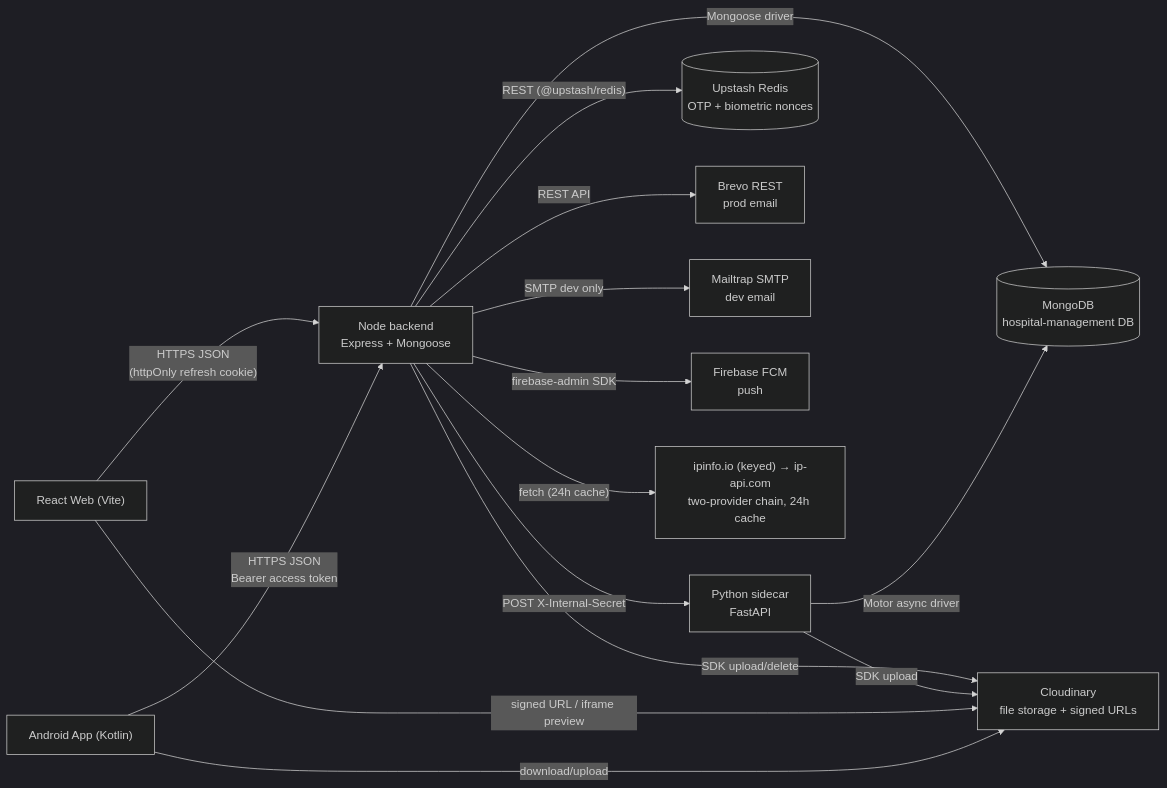
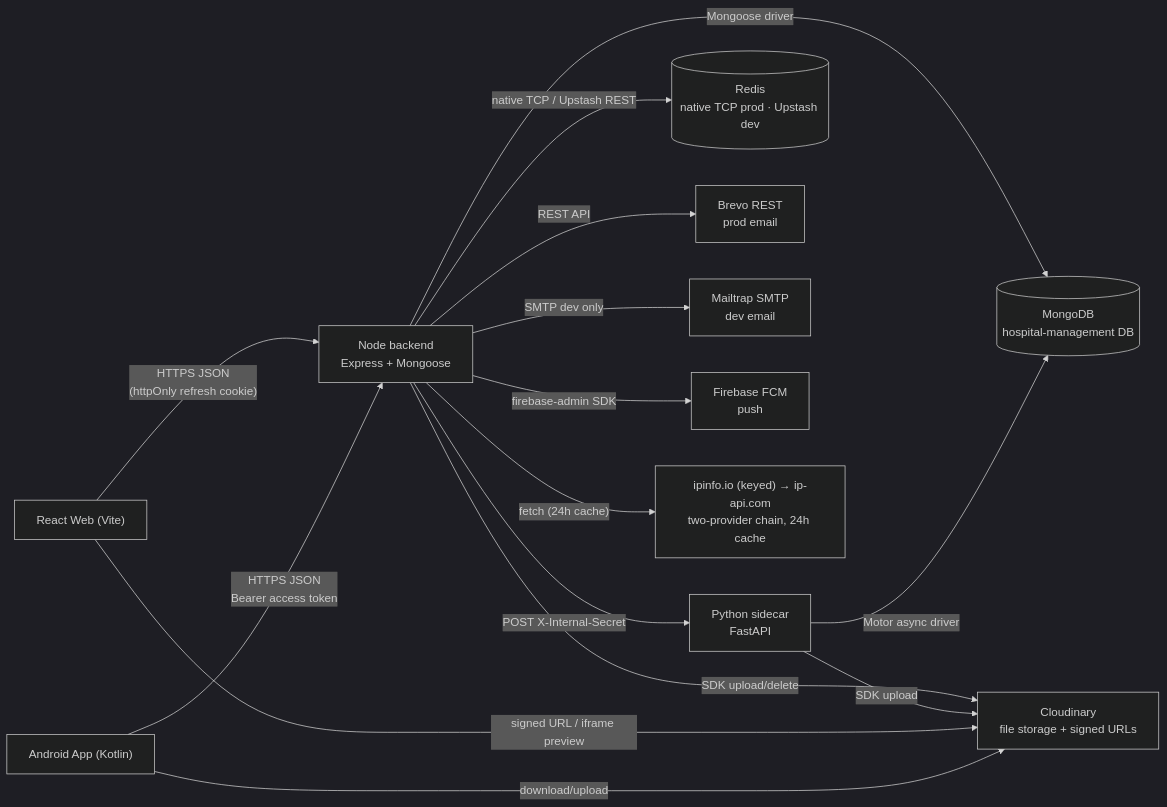
The first of 30 diagrams in docs/audit/03-architecture-diagrams.md (urvagandhi/Hospital-Management), drawn with Mermaid (dark theme) before and after one commit. The commit also changed other lines of this file and 15 other files, not shown here.

````diff
--- a/docs/audit/03-architecture-diagrams.md
+++ b/docs/audit/03-architecture-diagrams.md
@@ -14,29 +14,29 @@
 ```mermaid
 flowchart LR
   Web["React Web (Vite)"]
   Mobile["Android App (Kotlin)"]
   Backend["Node backend<br/>Express + Mongoose"]
   Sidecar["Python sidecar<br/>FastAPI"]
   Mongo[("MongoDB<br/>hospital-management DB")]
-  Redis[("Upstash Redis<br/>OTP + biometric nonces")]
+  Redis[("Redis<br/>native TCP prod · Upstash dev")]
   Cloud["Cloudinary<br/>file storage + signed URLs"]
   Brevo["Brevo REST<br/>prod email"]
   Mailtrap["Mailtrap SMTP<br/>dev email"]
   FCM["Firebase FCM<br/>push"]
   GeoIP["ipinfo.io (keyed) → ip-api.com<br/>two-provider chain, 24h cache"]
 
   Web -- "HTTPS JSON<br/>(httpOnly refresh cookie)" --> Backend
   Mobile -- "HTTPS JSON<br/>Bearer access token" --> Backend
   Backend -- "Mongoose driver" --> Mongo
-  Backend -- "REST (@upstash/redis)" --> Redis
+  Backend -- "native TCP / Upstash REST" --> Redis
   Backend -- "SDK upload/delete" --> Cloud
   Backend -- "REST API" --> Brevo
   Backend -- "SMTP dev only" --> Mailtrap
   Backend -- "firebase-admin SDK" --> FCM
   Backend -- "fetch (24h cache)" --> GeoIP
   Backend -- "POST X-Internal-Secret" --> Sidecar
   Sidecar -- "Motor async driver" --> Mongo
   Sidecar -- "SDK upload" --> Cloud
   Web -- "signed URL / iframe preview" --> Cloud
   Mobile -- "download/upload" --> Cloud
 ```
````
